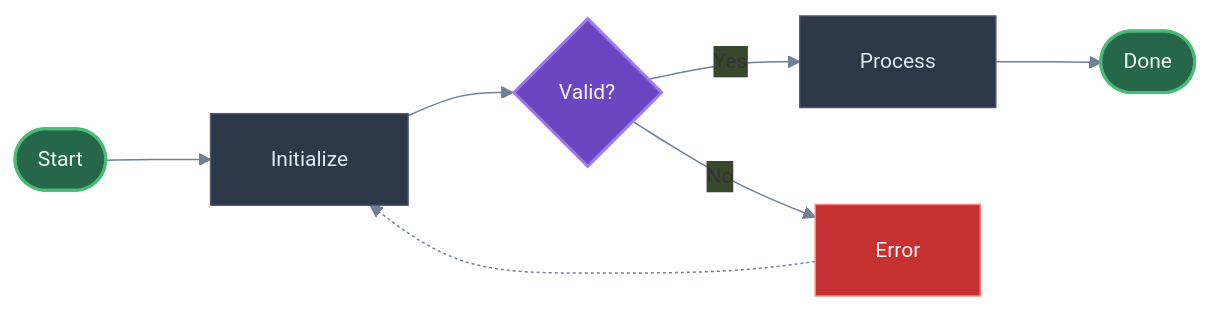
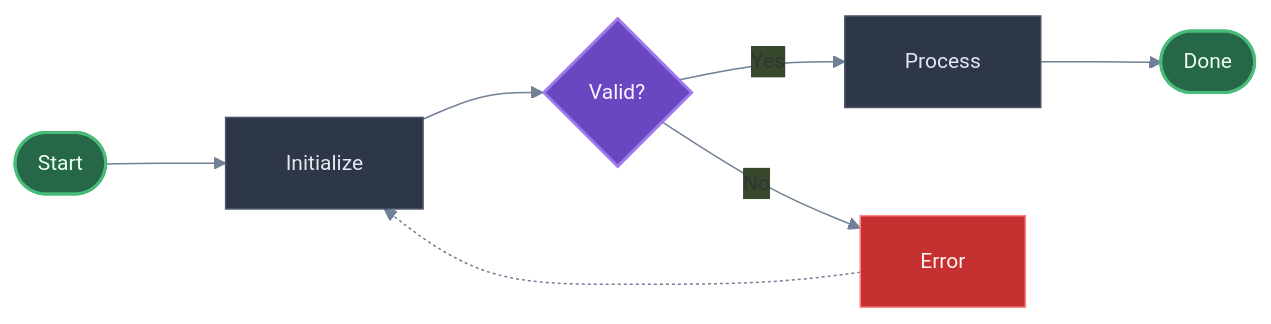
The first of 4 diagrams in aops-tools/skills/flowchart/references/templates-and-examples.md (nicsuzor/academicOps), drawn with Mermaid before and after one commit. The commit also changed other lines of this file and 1 other file, not shown here.

First line of the commit message:
Improve flowchart skill: better horizontal space usage and prettier styling

````diff
--- a/aops-tools/skills/flowchart/references/templates-and-examples.md
+++ b/aops-tools/skills/flowchart/references/templates-and-examples.md
@@ -13,27 +15,27 @@
 ```mermaid
 %%{init: {
   'theme': 'base',
   'themeVariables': {
     'primaryColor': '#2d3748',
     'lineColor': '#718096',
     'fontSize': '14px'
   },
-  'flowchart': { 'nodeSpacing': 60, 'rankSpacing': 70, 'padding': 20 }
+  'flowchart': { 'nodeSpacing': 70, 'rankSpacing': 80, 'padding': 20 }
 }}%%
 flowchart LR
     classDef default fill:#2d3748,stroke:#4a5568,color:#e2e8f0
     classDef start fill:#276749,stroke:#48bb78,color:#f0fff4,stroke-width:2px
     classDef decision fill:#6b46c1,stroke:#9f7aea,color:#faf5ff,stroke-width:2px
     classDef error fill:#c53030,stroke:#fc8181,color:#fff5f5
 
     START([Start]):::start
     INIT[Initialize]
     CHECK{Valid?}:::decision
     PROCESS[Process]
     DONE([Done]):::start
     ERR[Error]:::error
 
     START --> INIT --> CHECK
     CHECK -->|Yes| PROCESS --> DONE
     CHECK -->|No| ERR -.-> INIT
 ```
````
